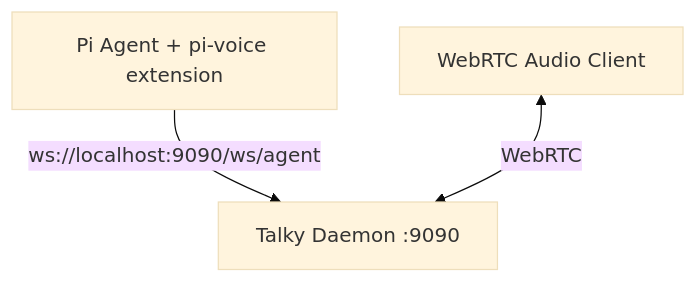
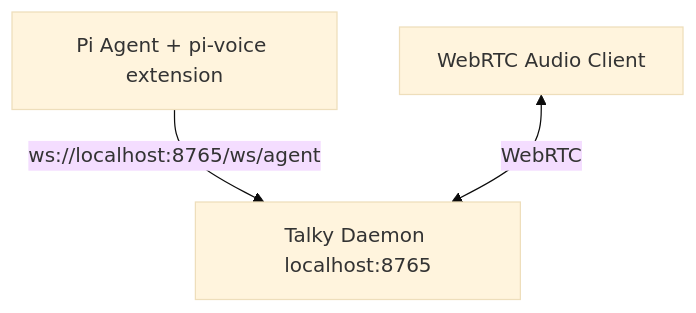
Before and after one commit to WinstonFassett/talky: the diagram in docs/integrations/pi.md, drawn with Mermaid (base theme). The commit also changed other lines of this file and 22 other files, not shown here.

````diff
--- a/docs/integrations/pi.md
+++ b/docs/integrations/pi.md
@@ -9,5 +9,5 @@
 ```mermaid
 graph TB
-    Pi[Pi Agent + pi-voice extension] -->|ws://localhost:9090/ws/agent| Daemon[Talky Daemon :9090]
+    Pi[Pi Agent + pi-voice extension] -->|ws://localhost:8765/ws/agent| Daemon[Talky Daemon localhost:8765]
     Browser[WebRTC Audio Client] <-->|WebRTC| Daemon
 ```
````
